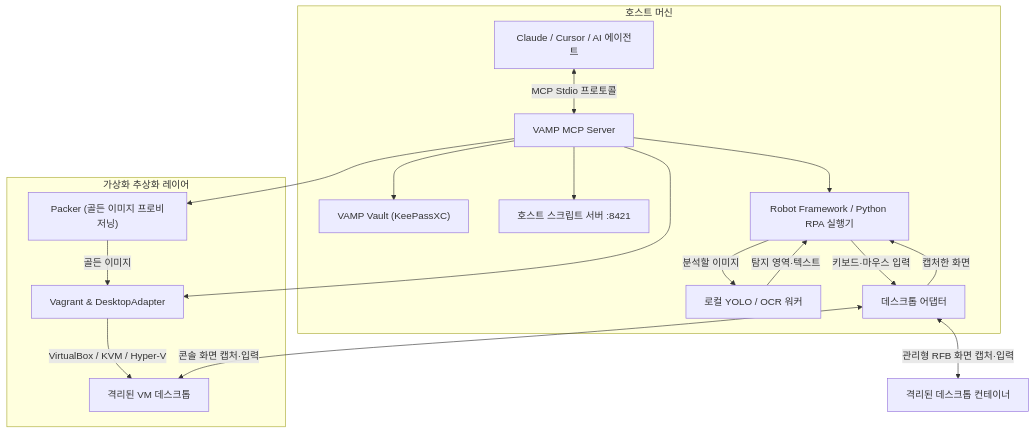
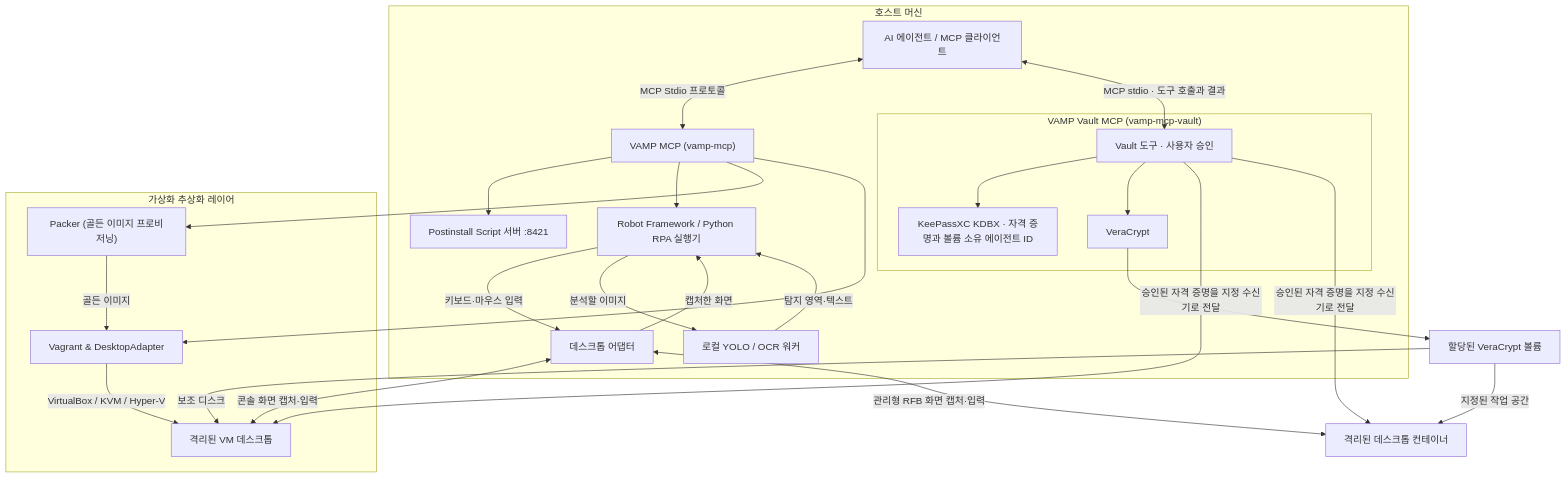
One commit to wayfarer6/vamp-mcp changed the diagram in README.ko.md. Above: the diagram before and after it, drawn with Mermaid. The commit also changed other lines of this file and 14 other files, not shown here.

Commit message:
Record workspace owners in Vault and correct MCP architecture diagrams

````diff
--- a/README.ko.md
+++ b/README.ko.md
@@ -114,35 +114,47 @@
 ```mermaid
 flowchart TD
     subgraph Host ["호스트 머신"]
-        Agent["Claude / Cursor / AI 에이전트"]
-        MCP["VAMP MCP Server"]
-        Vault["VAMP Vault (KeePassXC)"]
-        HTTP["호스트 스크립트 서버 :8421"]
+        Agent["AI 에이전트 / MCP 클라이언트"]
+        MCP["VAMP MCP (vamp-mcp)"]
+        subgraph VaultService ["VAMP Vault MCP (vamp-mcp-vault)"]
+            Vault["Vault 도구 · 사용자 승인"]
+            DB["KeePassXC KDBX · 자격 증명과 볼륨 소유 에이전트 ID"]
+            VC["VeraCrypt"]
+            Vault --> DB
+            Vault --> VC
+        end
+        HTTP["Postinstall Script 서버 :8421"]
         RPA["Robot Framework / Python RPA 실행기"]
         Vision["로컬 YOLO / OCR 워커"]
         Desktop["데스크톱 어댑터"]
 
         Agent <-->|MCP Stdio 프로토콜| MCP
-        MCP --> Vault
+        Agent <-->|MCP stdio · 도구 호출과 결과| Vault
         MCP --> HTTP
         MCP --> RPA
         RPA -->|키보드·마우스 입력| Desktop
         Desktop -->|캡처한 화면| RPA
         RPA -->|분석할 이미지| Vision
         Vision -->|탐지 영역·텍스트| RPA
     end
 
     subgraph Infrastructure ["가상화 추상화 레이어"]
         Packer["Packer (골든 이미지 프로비저닝)"]
         Vagrant["Vagrant & DesktopAdapter"]
         MCP --> Packer
         MCP --> Vagrant
         Packer -->|골든 이미지| Vagrant
         Vagrant -->|VirtualBox / KVM / Hyper-V| VM
     end
 
     VM["격리된 VM 데스크톱"]
     Container["격리된 데스크톱 컨테이너"]
+    Disk["할당된 VeraCrypt 볼륨"]
+    VC --> Disk
+    Disk -->|보조 디스크| VM
+    Disk -->|지정된 작업 공간| Container
+    Vault -->|승인된 자격 증명을 지정 수신기로 전달| VM
+    Vault -->|승인된 자격 증명을 지정 수신기로 전달| Container
     Desktop <-->|콘솔 화면 캡처·입력| VM
     Desktop <-->|관리형 RFB 화면 캡처·입력| Container
 ```
````
